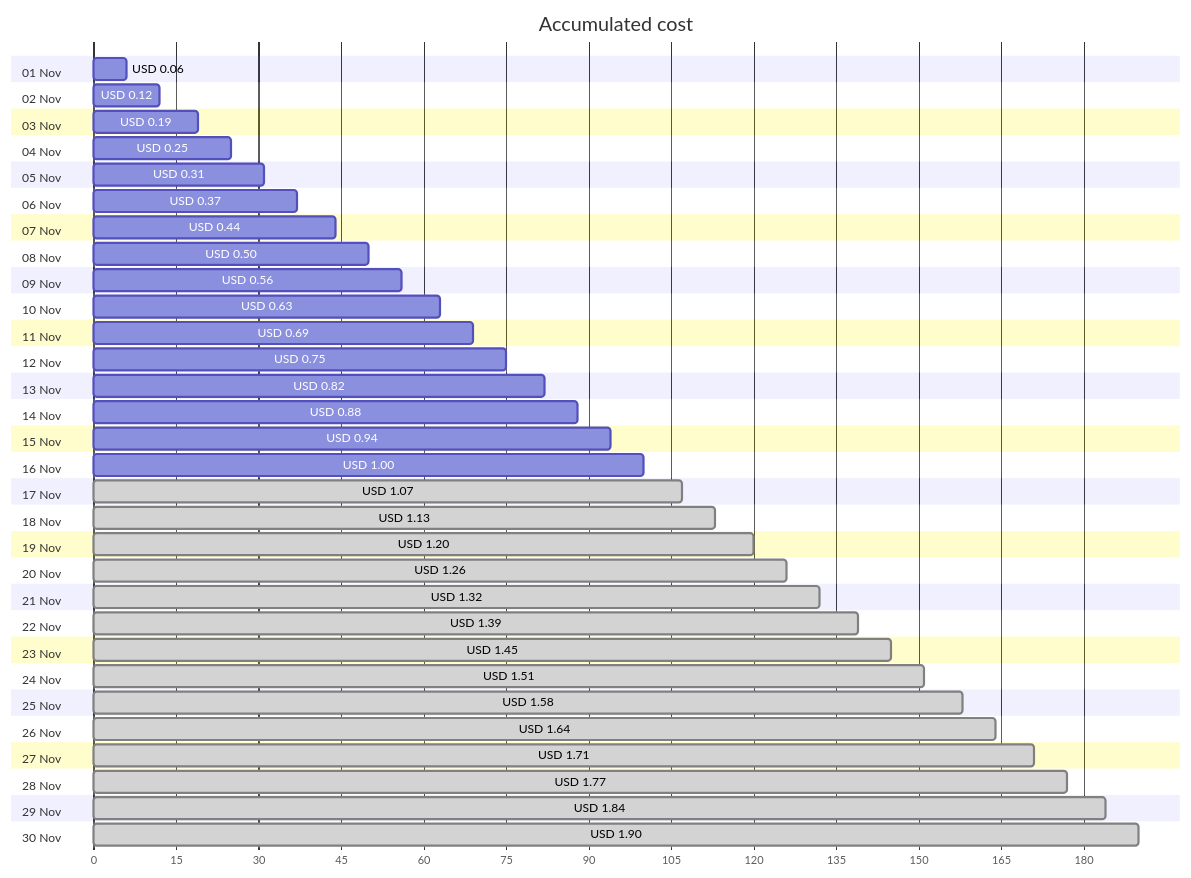
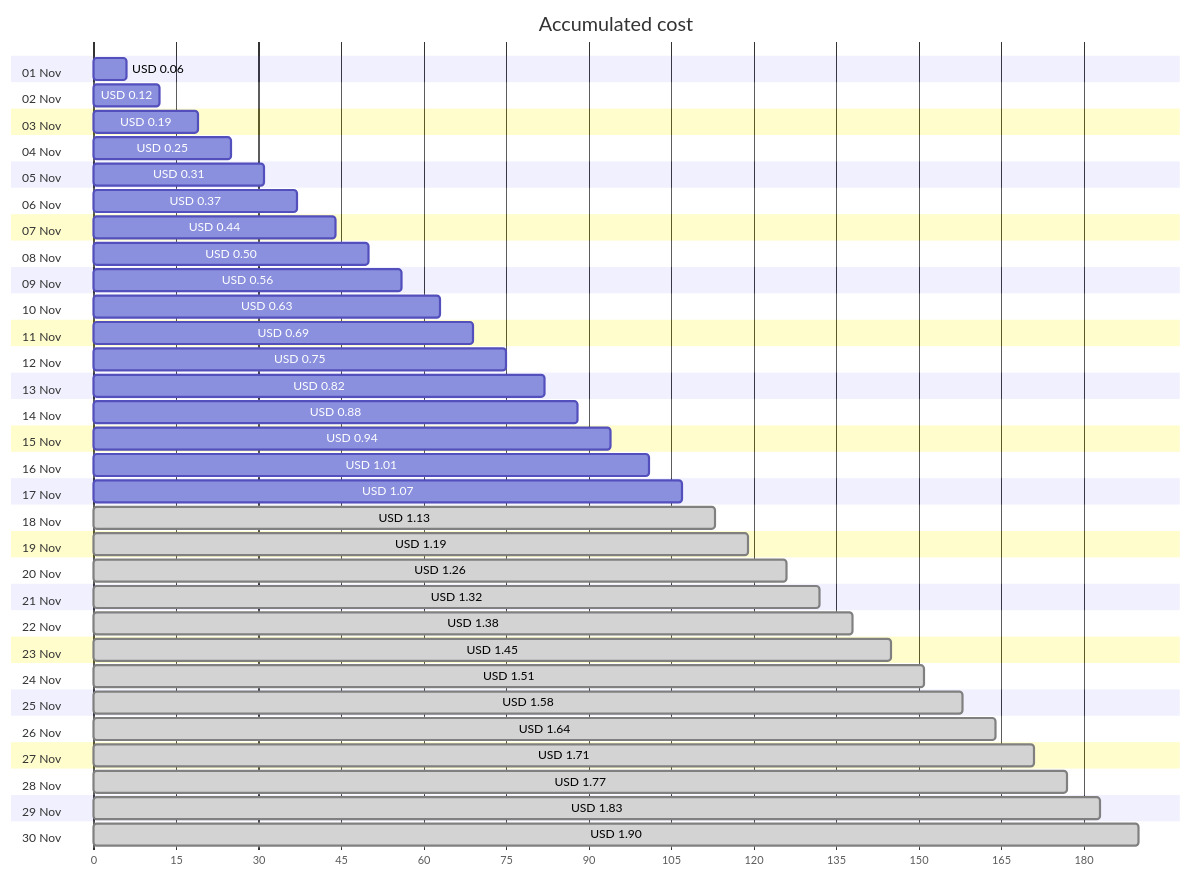
The first of 4 diagrams in cost-reports/personal-network/backup-server_OsDisk.md (jpfulton/azure-personal-reports), drawn with Mermaid before and after one commit. The commit also changed other lines of this file and 8 other files, not shown here.

````diff
--- a/cost-reports/personal-network/backup-server_OsDisk.md
+++ b/cost-reports/personal-network/backup-server_OsDisk.md
@@ -20,66 +20,66 @@
 ```mermaid
 gantt
    title Accumulated cost
    dateFormat  X
    axisFormat %s
    section 01 Nov
    USD 0.06 :0, 6
    section 02 Nov
    USD 0.12 :0, 12
    section 03 Nov
    USD 0.19 :0, 19
    section 04 Nov
    USD 0.25 :0, 25
    section 05 Nov
    USD 0.31 :0, 31
    section 06 Nov
    USD 0.37 :0, 37
    section 07 Nov
    USD 0.44 :0, 44
    section 08 Nov
    USD 0.50 :0, 50
    section 09 Nov
    USD 0.56 :0, 56
    section 10 Nov
    USD 0.63 :0, 63
    section 11 Nov
    USD 0.69 :0, 69
    section 12 Nov
    USD 0.75 :0, 75
    section 13 Nov
    USD 0.82 :0, 82
    section 14 Nov
    USD 0.88 :0, 88
    section 15 Nov
    USD 0.94 :0, 94
    section 16 Nov
-   USD 1.00 :0, 100
+   USD 1.01 :0, 101
    section 17 Nov
-   USD 1.07 : done, 0, 107
+   USD 1.07 :0, 107
    section 18 Nov
    USD 1.13 : done, 0, 113
    section 19 Nov
-   USD 1.20 : done, 0, 120
+   USD 1.19 : done, 0, 119
    section 20 Nov
    USD 1.26 : done, 0, 126
    section 21 Nov
    USD 1.32 : done, 0, 132
    section 22 Nov
-   USD 1.39 : done, 0, 139
+   USD 1.38 : done, 0, 138
    section 23 Nov
    USD 1.45 : done, 0, 145
    section 24 Nov
    USD 1.51 : done, 0, 151
    section 25 Nov
    USD 1.58 : done, 0, 158
    section 26 Nov
    USD 1.64 : done, 0, 164
    section 27 Nov
    USD 1.71 : done, 0, 171
    section 28 Nov
    USD 1.77 : done, 0, 177
    section 29 Nov
-   USD 1.84 : done, 0, 184
+   USD 1.83 : done, 0, 183
    section 30 Nov
    USD 1.90 : done, 0, 190
 ```
````
